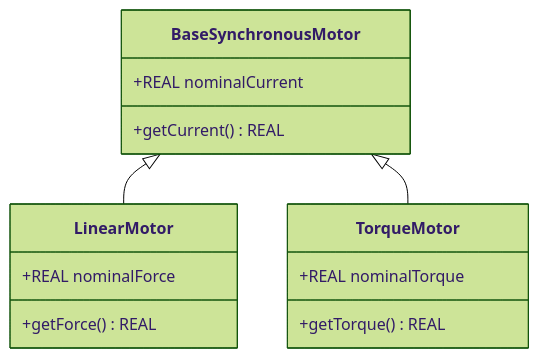
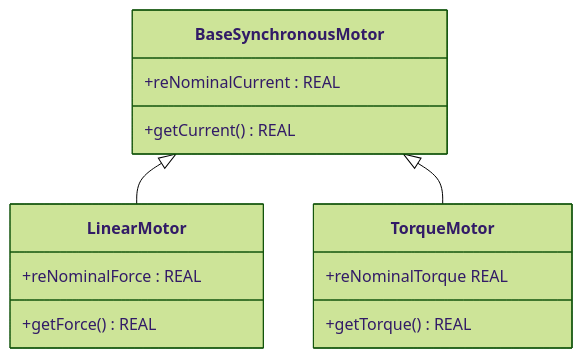
The third of 8 diagrams in AAut_MOD_01_IEC_61131_OOP_Introduction/Programmation_IEC_61131_3_FR.md (hei-synd-aaut/aaut-docs), drawn with Mermaid (forest theme) before and after one commit. The commit also changed other lines of this file and 1 other file, not shown here.

````diff
--- a/AAut_MOD_01_IEC_61131_OOP_Introduction/Programmation_IEC_61131_3_FR.md
+++ b/AAut_MOD_01_IEC_61131_OOP_Introduction/Programmation_IEC_61131_3_FR.md
@@ -492,20 +492,20 @@
 ```mermaid
 classDiagram
   class BaseSynchronousMotor {
-    +REAL nominalCurrent
+    +reNominalCurrent : REAL 
     +getCurrent() REAL
   }
 
   class LinearMotor {
-    +REAL nominalForce
+    +reNominalForce : REAL
     +getForce() REAL
   }
 
   class TorqueMotor {
-    +REAL nominalTorque
+    +reNominalTorque REAL
     +getTorque() REAL
   }  
 
   BaseSynchronousMotor <|-- LinearMotor
   BaseSynchronousMotor <|-- TorqueMotor
 ```
````
